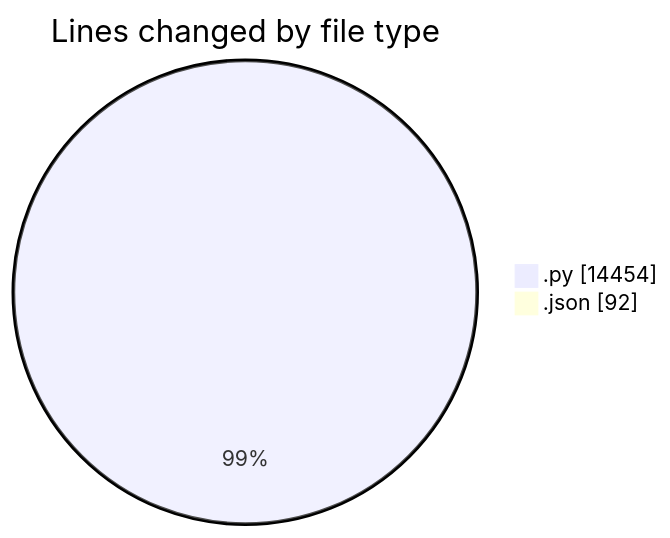
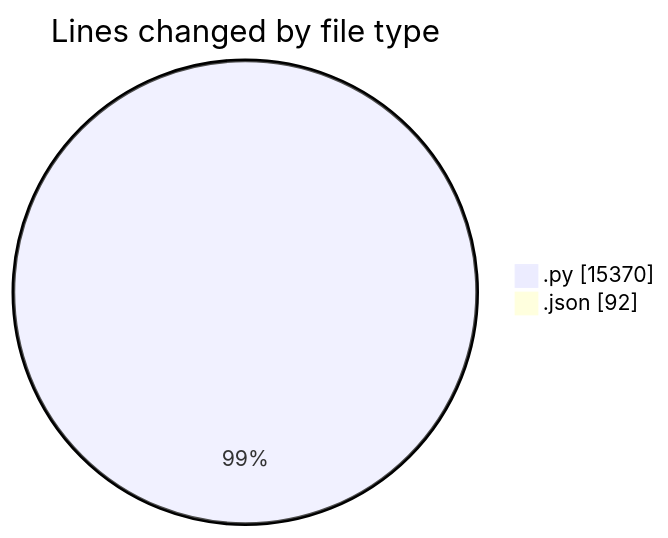
The first of 2 diagrams in 2025-07-13/telebot/README.md (jrari/code-tracking), drawn with Mermaid before and after one commit. The commit also changed other lines of this file and 1 other file, not shown here.

````diff
--- a/2025-07-13/telebot/README.md
+++ b/2025-07-13/telebot/README.md
@@ -42,6 +43,6 @@
 ```mermaid
 pie showData
 title Lines changed by file type
-".py" : 14454
+".py" : 15370
 ".json" : 92
 ```
````
